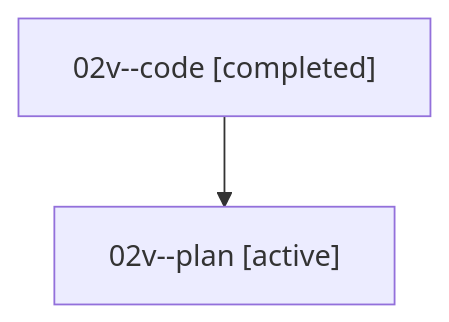
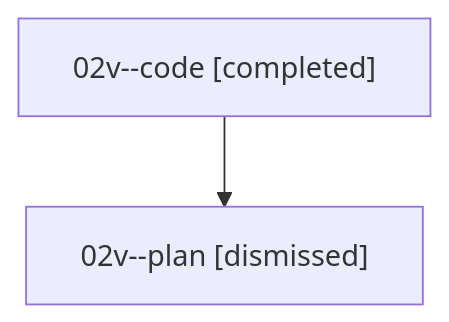
Before and after one commit to sase-org/sase--agents: the diagram in sessions/bbugyi200.athena.02v.md, drawn with Mermaid. The commit also changed other lines of this file and 24 other files, not shown here.

````diff
--- a/sessions/bbugyi200.athena.02v.md
+++ b/sessions/bbugyi200.athena.02v.md
@@ -9,6 +9,6 @@
 ```mermaid
 flowchart TD
   n0["02v--code [completed]"]
-  n1["02v--plan [active]"]
+  n1["02v--plan [dismissed]"]
   n0 --> n1
 ```
````
